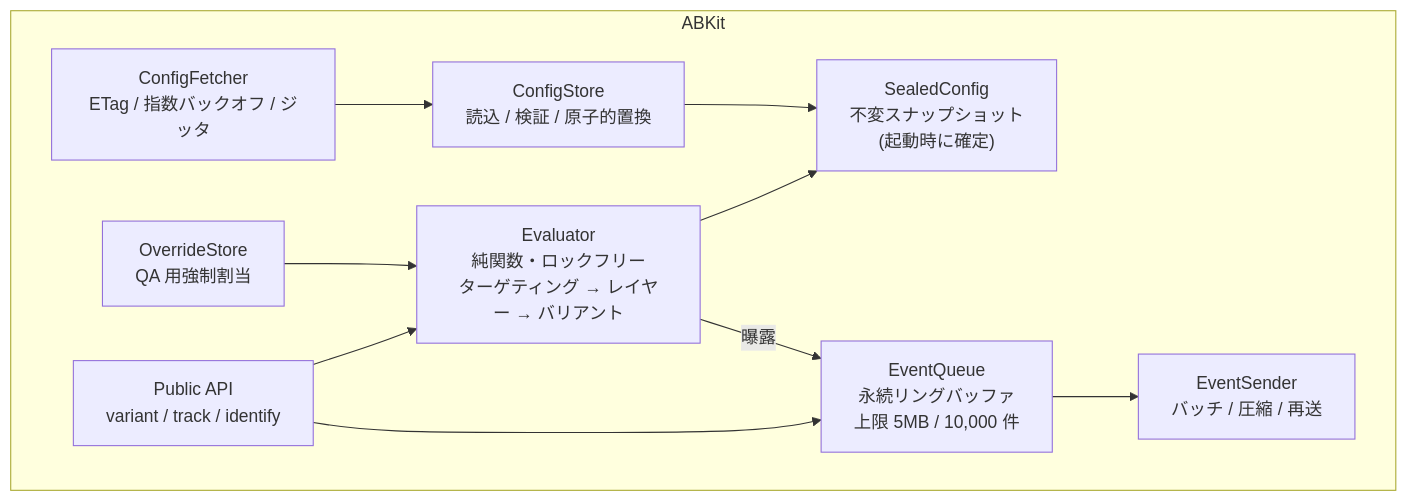
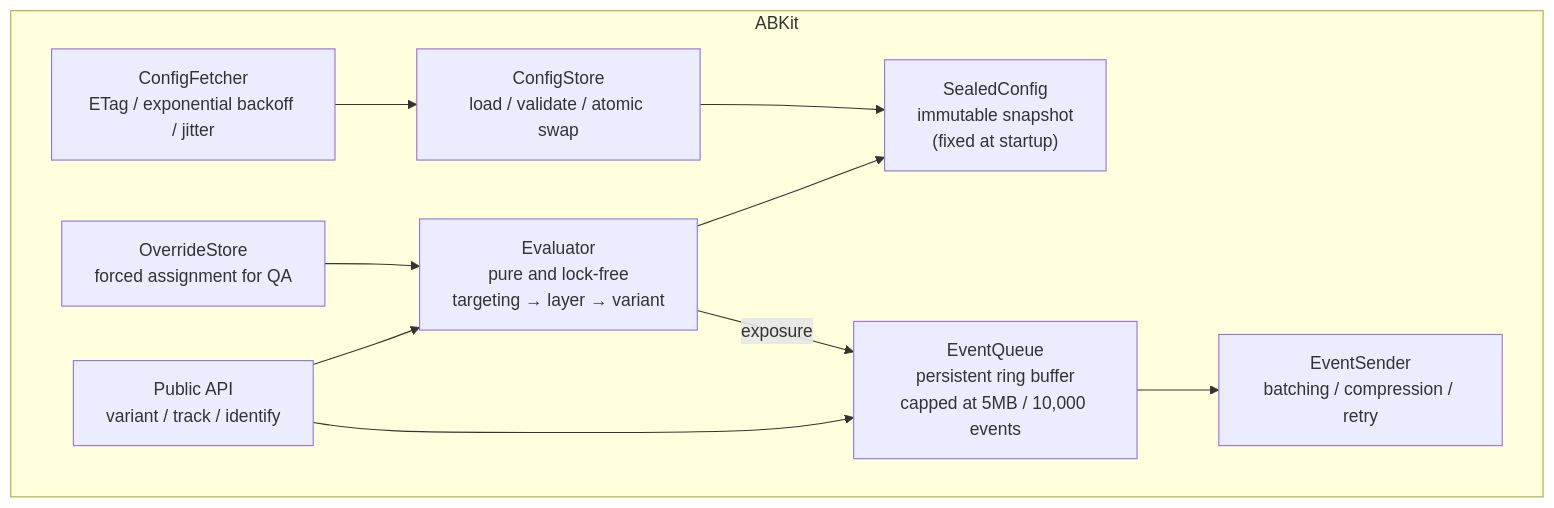
One commit to 0x0c/bakuchi changed the diagram in docs/04-client-sdk.md. Above: the diagram before and after it, drawn with Mermaid. The commit also changed other lines of this file and 37 other files, not shown here.

````diff
--- a/docs/04-client-sdk.md
+++ b/docs/04-client-sdk.md
@@ -86,20 +88,20 @@
 ```mermaid
 flowchart TB
     subgraph sdk["ABKit"]
         api["Public API<br/>variant / track / identify"]
-        eval["Evaluator<br/>純関数・ロックフリー<br/>ターゲティング → レイヤー → バリアント"]
-        sealed["SealedConfig<br/>不変スナップショット<br/>(起動時に確定)"]
-        store["ConfigStore<br/>読込 / 検証 / 原子的置換"]
-        fetch["ConfigFetcher<br/>ETag / 指数バックオフ / ジッタ"]
-        queue["EventQueue<br/>永続リングバッファ<br/>上限 5MB / 10,000 件"]
-        sender["EventSender<br/>バッチ / 圧縮 / 再送"]
-        ovr["OverrideStore<br/>QA 用強制割当"]
+        eval["Evaluator<br/>pure and lock-free<br/>targeting → layer → variant"]
+        sealed["SealedConfig<br/>immutable snapshot<br/>(fixed at startup)"]
+        store["ConfigStore<br/>load / validate / atomic swap"]
+        fetch["ConfigFetcher<br/>ETag / exponential backoff / jitter"]
+        queue["EventQueue<br/>persistent ring buffer<br/>capped at 5MB / 10,000 events"]
+        sender["EventSender<br/>batching / compression / retry"]
+        ovr["OverrideStore<br/>forced assignment for QA"]
     end
 
     api --> eval --> sealed
     ovr --> eval
     store --> sealed
     fetch --> store
     api --> queue --> sender
-    eval -- 曝露 --> queue
+    eval -- exposure --> queue
 ```
````
